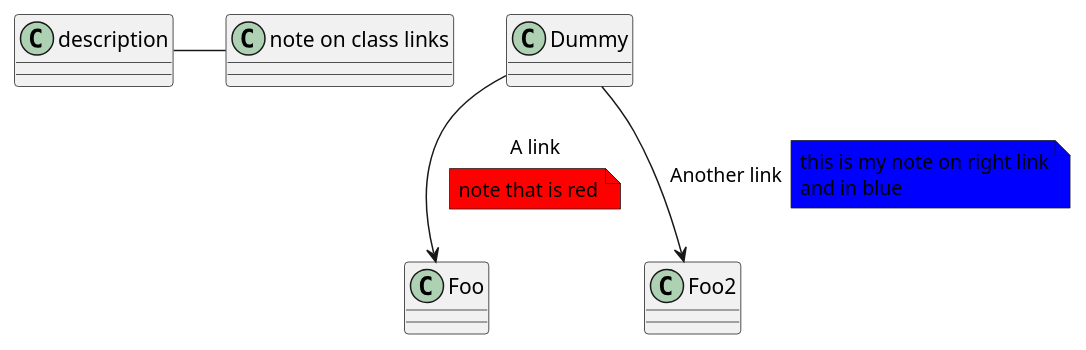
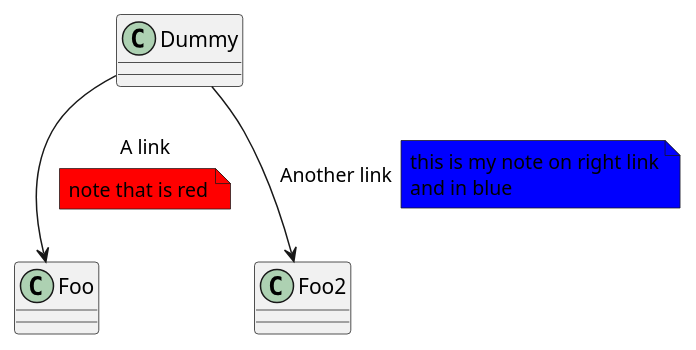
Diagram 13 of 38 in PlantUML/클래스-다이어그램.md (sogeuni/_wiki), drawn with PlantUML before and after one commit. The commit also changed other lines of this file, not shown here.

Commit message:
Updated 클래스 다이어그램 (markdown)

```diff
--- a/PlantUML/클래스-다이어그램.md
+++ b/PlantUML/클래스-다이어그램.md
@@ -426,13 +414,12 @@
 @startuml
-description - "note on class links"
 class Dummy
 Dummy --> Foo : A link
 note on link #red: note that is red
 
 Dummy --> Foo2 : Another link
 note right on link #blue
   this is my note on right link
   and in blue
 end note
 
 @enduml
```
